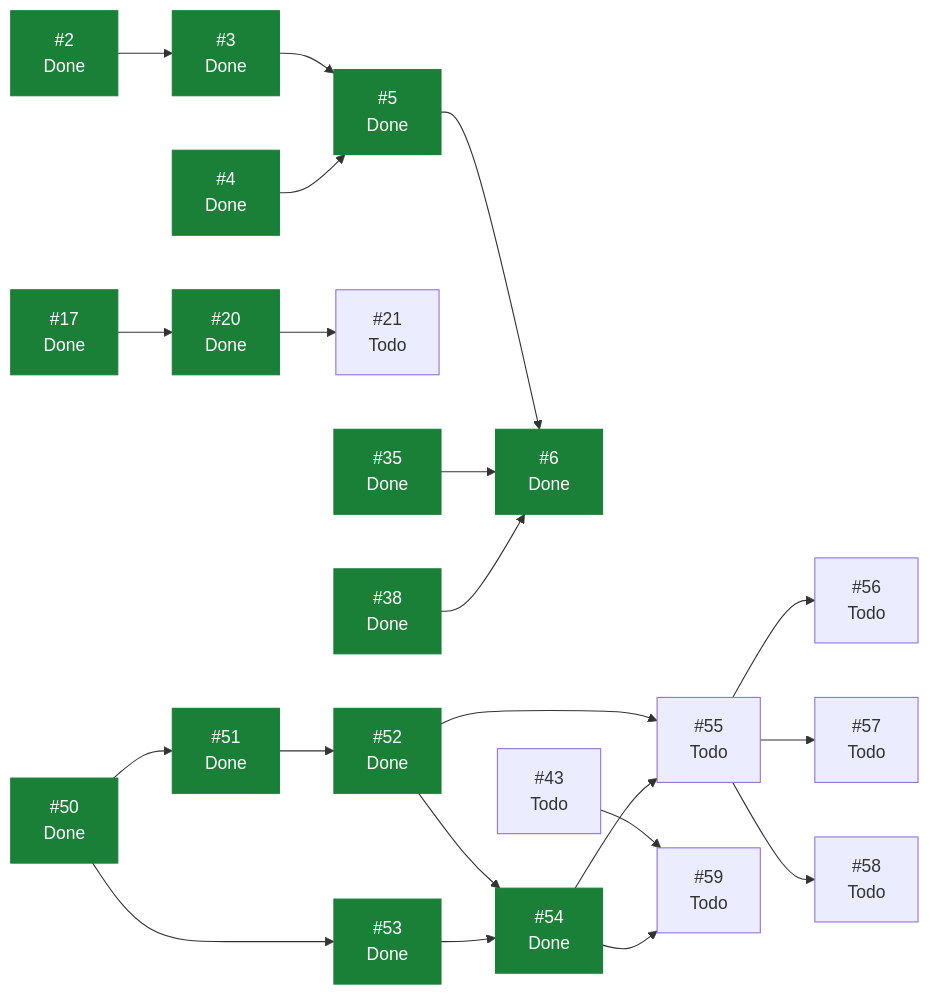
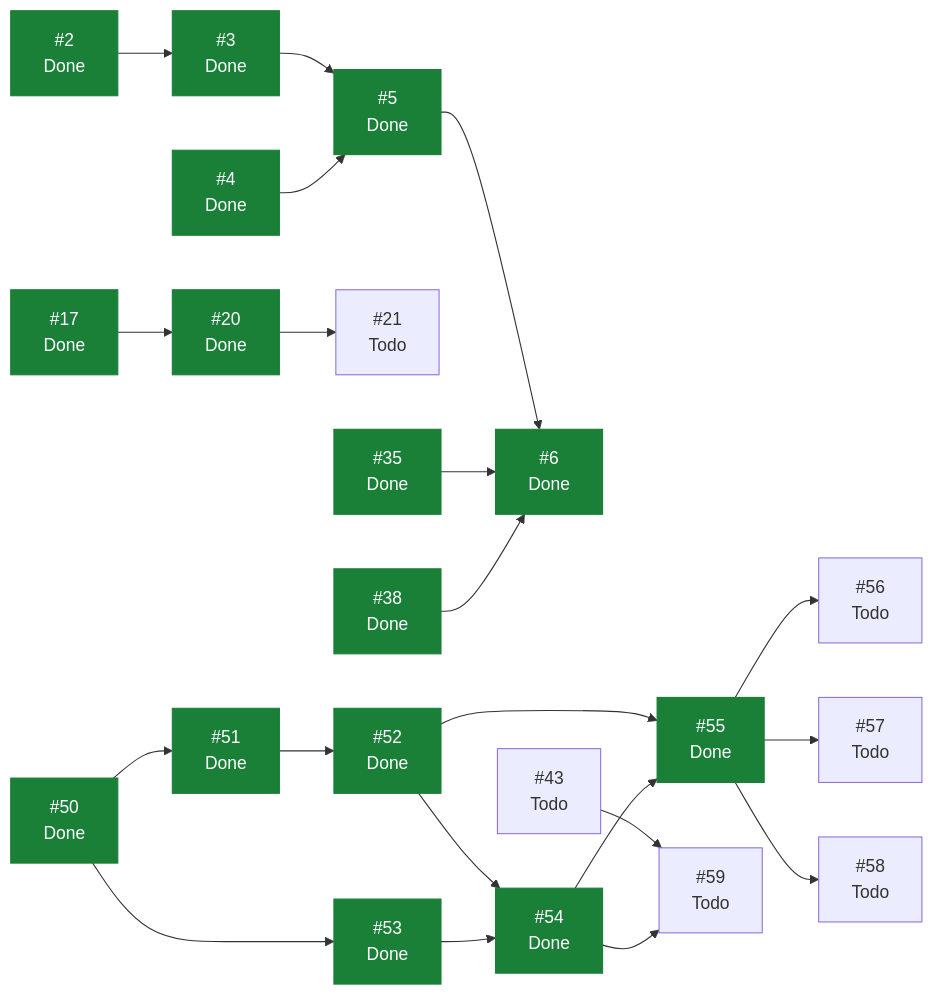
The diagram in docs/planning/STATUS.md (ecamp0s/evault), drawn with Mermaid before and after one commit. The commit also changed other lines of this file, not shown here.

````diff
--- a/docs/planning/STATUS.md
+++ b/docs/planning/STATUS.md
@@ -87,46 +89,46 @@
 ```mermaid
 graph LR
   I2["#2<br/>Done"]
   I3["#3<br/>Done"]
   I4["#4<br/>Done"]
   I5["#5<br/>Done"]
   I6["#6<br/>Done"]
   I17["#17<br/>Done"]
   I20["#20<br/>Done"]
   I21["#21<br/>Todo"]
   I35["#35<br/>Done"]
   I38["#38<br/>Done"]
   I43["#43<br/>Todo"]
   I50["#50<br/>Done"]
   I51["#51<br/>Done"]
   I52["#52<br/>Done"]
   I53["#53<br/>Done"]
   I54["#54<br/>Done"]
-  I55["#55<br/>Todo"]
+  I55["#55<br/>Done"]
   I56["#56<br/>Todo"]
   I57["#57<br/>Todo"]
   I58["#58<br/>Todo"]
   I59["#59<br/>Todo"]
   I2 --> I3
   I3 --> I5
   I4 --> I5
   I5 --> I6
   I17 --> I20
   I20 --> I21
   I35 --> I6
   I38 --> I6
   I43 --> I59
   I50 --> I51
   I50 --> I53
   I51 --> I52
   I52 --> I54
   I52 --> I55
   I53 --> I54
   I54 --> I55
   I54 --> I59
   I55 --> I56
   I55 --> I57
   I55 --> I58
   classDef hecho fill:#1a7f37,stroke:#1a7f37,color:#fff;
-  class I2,I3,I4,I5,I6,I17,I20,I35,I38,I50,I51,I52,I53,I54 hecho;
+  class I2,I3,I4,I5,I6,I17,I20,I35,I38,I50,I51,I52,I53,I54,I55 hecho;
 ```
````
